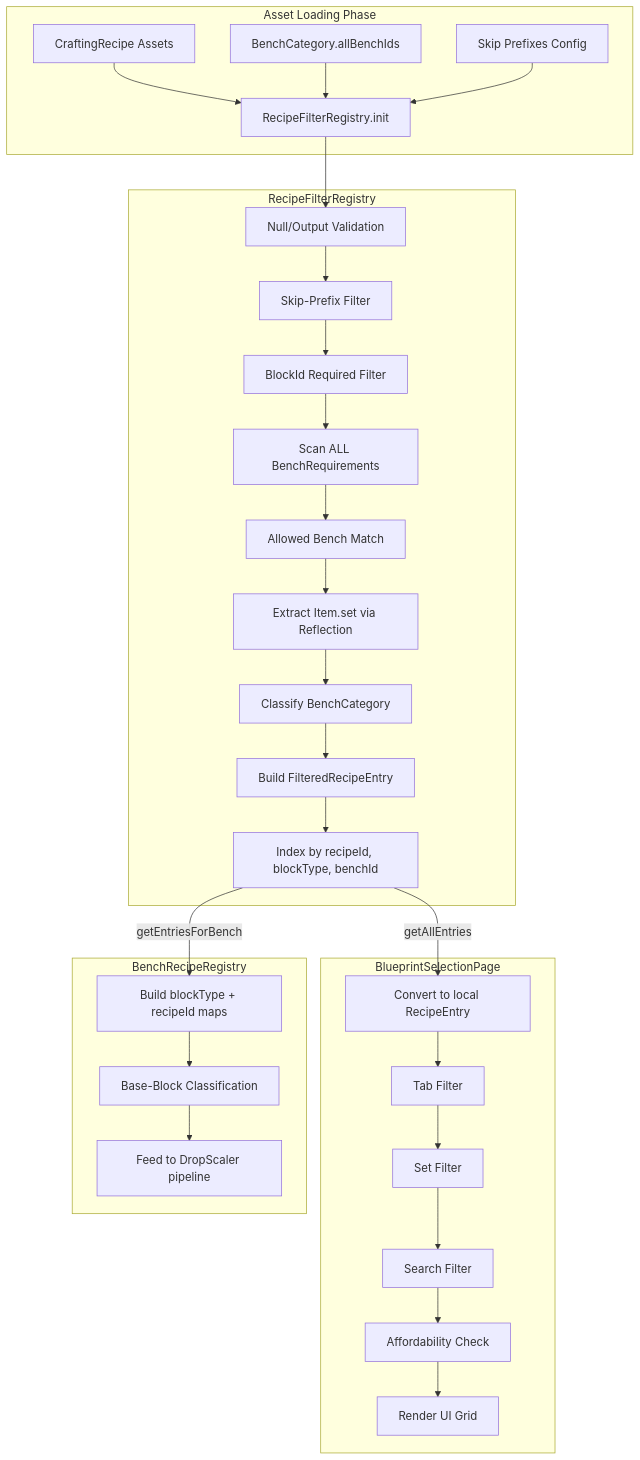
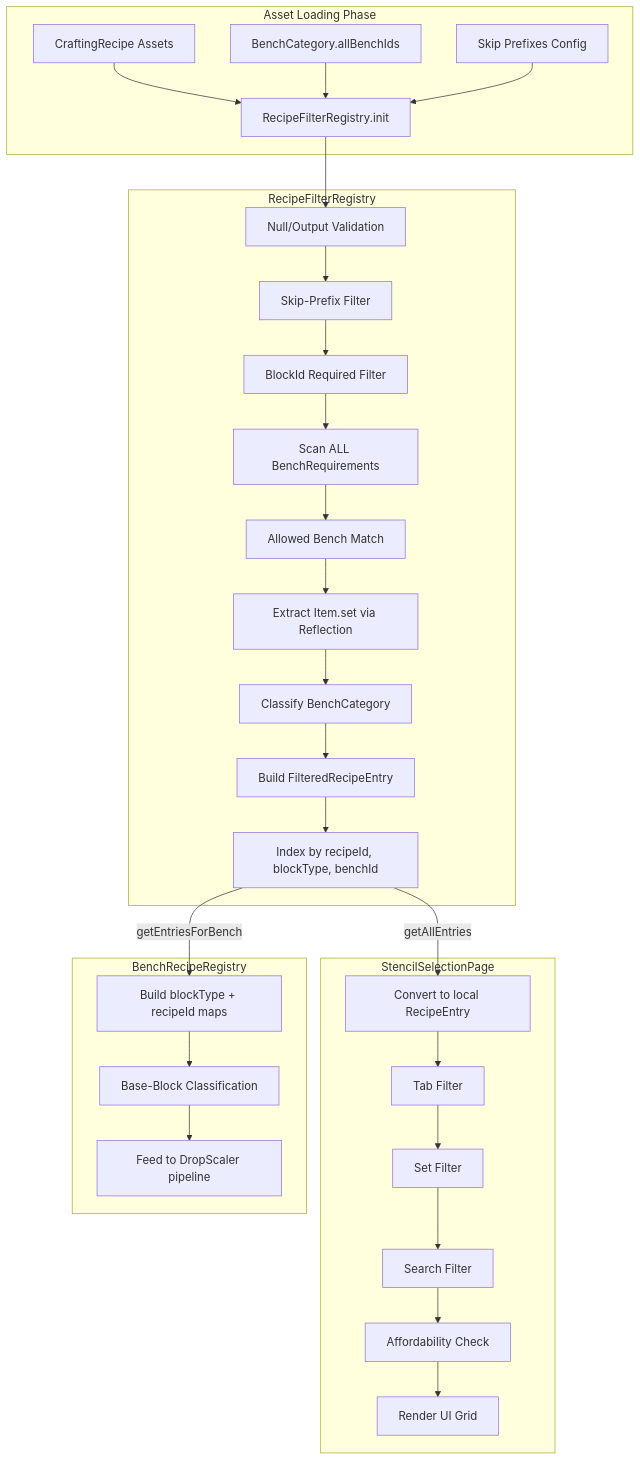
Before and after one commit to TheCodeCreature/Hytale-Example-Plugin: the second of 3 diagrams in docs/Plans/design-recipe-filter-registry.md, drawn with Mermaid. The commit also changed other lines of this file and 289 other files, not shown here.

````diff
--- a/docs/Plans/design-recipe-filter-registry.md
+++ b/docs/Plans/design-recipe-filter-registry.md
@@ -87,35 +87,35 @@
 ```mermaid
 graph TB
     subgraph AssetLoad["Asset Loading Phase"]
         A[CraftingRecipe Assets] --> B[RecipeFilterRegistry.init]
         C[BenchCategory.allBenchIds] --> B
         D[Skip Prefixes Config] --> B
     end
 
     subgraph Registry["RecipeFilterRegistry"]
         B --> E[Null/Output Validation]
         E --> F[Skip-Prefix Filter]
         F --> G[BlockId Required Filter]
         G --> H[Scan ALL BenchRequirements]
         H --> I[Allowed Bench Match]
         I --> J[Extract Item.set via Reflection]
         J --> K[Classify BenchCategory]
         K --> L[Build FilteredRecipeEntry]
         L --> M[Index by recipeId, blockType, benchId]
     end
 
-    subgraph UIConsumer["BlueprintSelectionPage"]
+    subgraph UIConsumer["StencilSelectionPage"]
         M -->|getAllEntries| N[Convert to local RecipeEntry]
         N --> O[Tab Filter]
         O --> P[Set Filter]
         P --> Q[Search Filter]
         Q --> R[Affordability Check]
         R --> S[Render UI Grid]
     end
 
     subgraph PipelineConsumer["BenchRecipeRegistry"]
         M -->|getEntriesForBench| T[Build blockType + recipeId maps]
         T --> U[Base-Block Classification]
         U --> V[Feed to DropScaler pipeline]
     end
 ```
````
